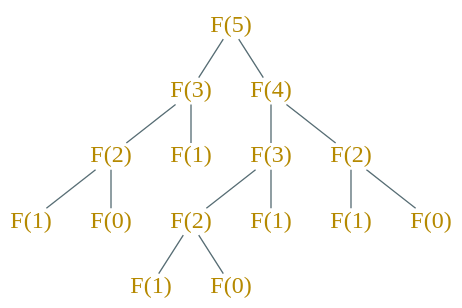
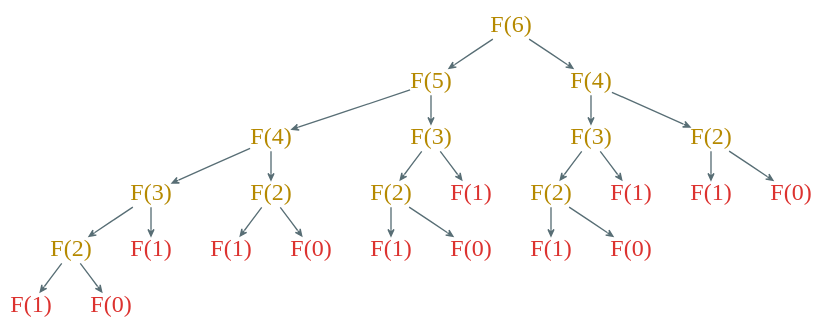
One commit to Avanti1980/course-alg changed the diagram in dot/fibo.dot. Above: the diagram before and after it, drawn with Graphviz. The commit also changed 6 other files, not shown here.

```diff
--- a/dot/fibo.dot
+++ b/dot/fibo.dot
@@ -1,35 +1,56 @@
 digraph g {
     bgcolor=transparent
-    graph [nodesep=0.4, ranksep=0.4]
+    graph [nodesep=0.4, ranksep=0.3]
     node [shape=plain, color="#586e75", fontcolor="#b58900", fontsize=18, fontname="LXGWWenKai"]
-    edge [arrowhead=none, color="#586e75", fontcolor="#268bd2", fontsize=16, fontname="LXGWWenKai"]
+    edge [arrowhead=vee, color="#586e75", fontcolor="#268bd2", fontsize=16, fontname="LXGWWenKai", arrowsize=0.5]
 
+    "F(6)" -> "F(5)" -> "F(4)" -> "F(3)" -> "F(2)"
+
+    f40 [label="F(4)"]
+
+    f30 [label="F(3)"]
     f31 [label="F(3)"]
-    f32 [label="F(3)"]
 
+    f20 [label="F(2)"]
     f21 [label="F(2)"]
     f22 [label="F(2)"]
     f23 [label="F(2)"]
 
+    node [fontcolor="#dc322f"]
+
+    "F(1)"
+    f10 [label="F(1)"]
     f11 [label="F(1)"]
     f12 [label="F(1)"]
     f13 [label="F(1)"]
     f14 [label="F(1)"]
+    f15 [label="F(1)"]
+    f16 [label="F(1)"]
 
+    "F(0)"
+    f00 [label="F(0)"]
     f01 [label="F(0)"]
     f02 [label="F(0)"]
+    f03 [label="F(0)"]
 
-    "F(5)" -> {"F(4)", f31}
+    node [fontcolor="#b58900"]
 
-    "F(4)" -> {f32, f21}
+    "F(2)" -> "F(1)"
 
-    f31 -> {f22, f11}
+    "F(6)" -> f40
+    "F(5)" -> f30
+    "F(4)" -> f20
+    "F(3)" -> f10
+    "F(2)" -> "F(0)"
 
-    f32 -> {f23, f12}
+    f40 -> {f31, f21}
+    f30 -> {f22, f11}
+    f20 -> {f12, f00}
 
-    f21 -> {f13, f01}
+    f31 -> {f23, f13}
+    f21 -> {f14, f01}
 
-    f22 -> {f14, f02}
+    f23 -> {f15, f02}
 
-    f23 -> {"F(1)", "F(0)"}
+    f22 -> {f16, f03}
 }
```
